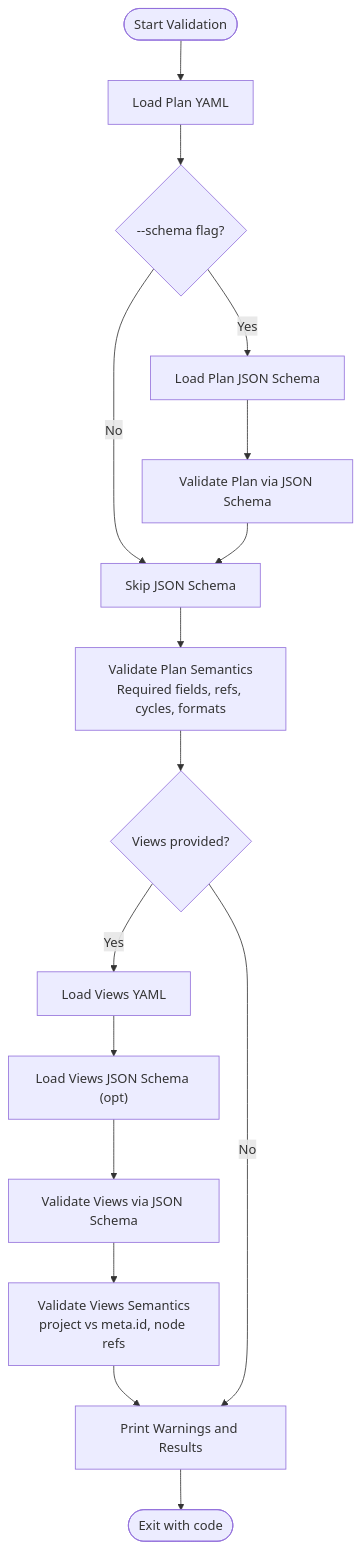
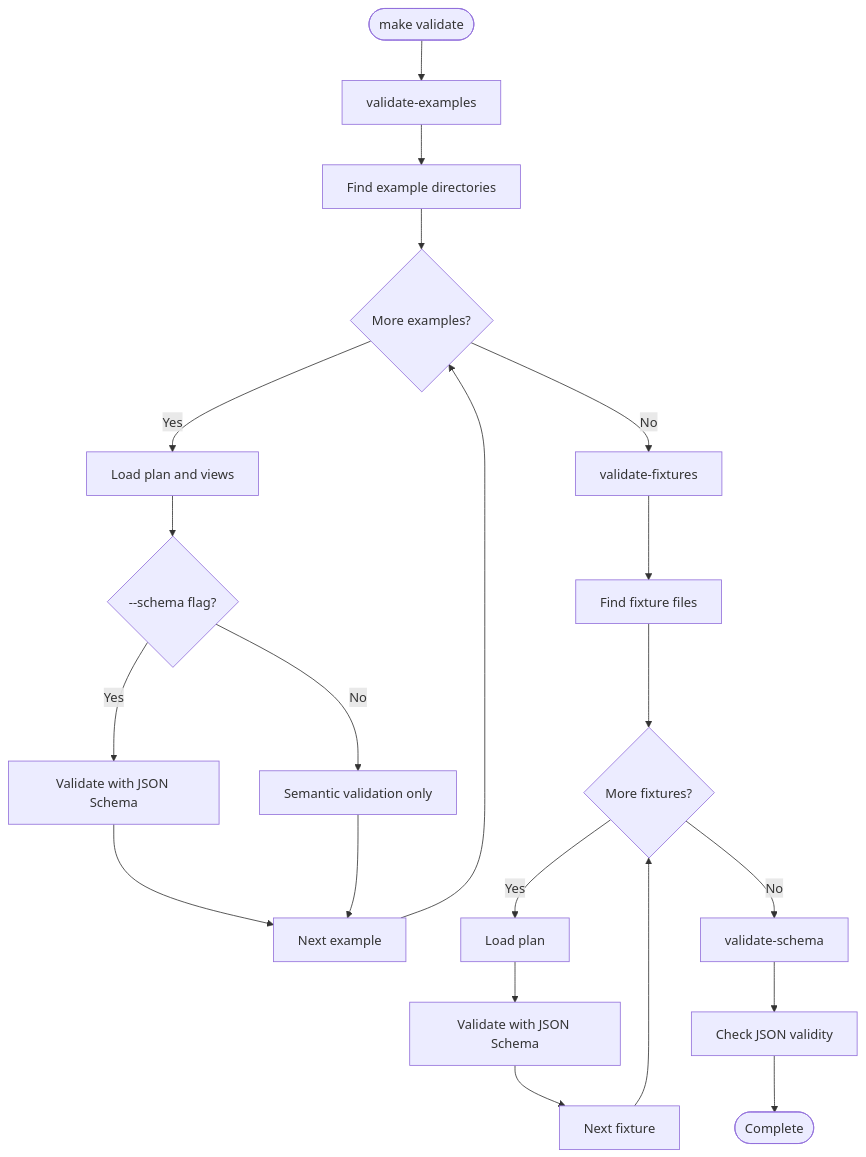
One commit to asukhodko/opskarta changed the fourth of 8 diagrams in .qoder/repowiki/en/content/Integration Guide/Workflow Automation.md. Above: the diagram before and after it, drawn with Mermaid. The commit also changed other lines of this file and 5 other files, not shown here.

````diff
--- a/.qoder/repowiki/en/content/Integration Guide/Workflow Automation.md
+++ b/.qoder/repowiki/en/content/Integration Guide/Workflow Automation.md
@@ -177,18 +307,23 @@
 ```mermaid
 flowchart TD
-Start(["Start Validation"]) --> LoadPlan["Load Plan YAML"]
-LoadPlan --> OptSchema{"--schema flag?"}
-OptSchema --> |Yes| LoadSchemaPlan["Load Plan JSON Schema"]
-OptSchema --> |No| SemanticsOnly["Skip JSON Schema"]
-LoadSchemaPlan --> ValidateSchemaPlan["Validate Plan via JSON Schema"]
-ValidateSchemaPlan --> SemanticsOnly
-SemanticsOnly --> ValidatePlan["Validate Plan Semantics<br/>Required fields, refs, cycles, formats"]
-ValidatePlan --> ViewsProvided{"Views provided?"}
-ViewsProvided --> |Yes| LoadViews["Load Views YAML"]
-LoadViews --> LoadSchemaViews["Load Views JSON Schema (opt)"]
-LoadSchemaViews --> ValidateSchemaViews["Validate Views via JSON Schema"]
-ValidateSchemaViews --> ValidateViews["Validate Views Semantics<br/>project vs meta.id, node refs"]
-ValidateViews --> Report["Print Warnings and Results"]
-ViewsProvided --> |No| Report
-Report --> End(["Exit with code"])
+Start(["make validate"]) --> EX["validate-examples"]
+EX --> FIND_EX["Find example directories"]
+FIND_EX --> LOOP_EX{"More examples?"}
+LOOP_EX --> |Yes| LOAD_EX["Load plan and views"]
+LOAD_EX --> SCHEMA_EX{"--schema flag?"}
+SCHEMA_EX --> |Yes| VALIDATE_EX["Validate with JSON Schema"]
+SCHEMA_EX --> |No| SEMANTIC_EX["Semantic validation only"]
+VALIDATE_EX --> NEXT_EX["Next example"]
+SEMANTIC_EX --> NEXT_EX
+NEXT_EX --> LOOP_EX
+LOOP_EX --> |No| FIX["validate-fixtures"]
+FIX --> FIND_FIX["Find fixture files"]
+FIND_FIX --> LOOP_FIX{"More fixtures?"}
+LOOP_FIX --> |Yes| LOAD_FIX["Load plan"]
+LOAD_FIX --> SCHEMA_FIX["Validate with JSON Schema"]
+SCHEMA_FIX --> NEXT_FIX["Next fixture"]
+NEXT_FIX --> LOOP_FIX
+LOOP_FIX --> |No| SCHEMA["validate-schema"]
+SCHEMA --> CHECK_JSON["Check JSON validity"]
+CHECK_JSON --> END(["Complete"])
 ```
````
